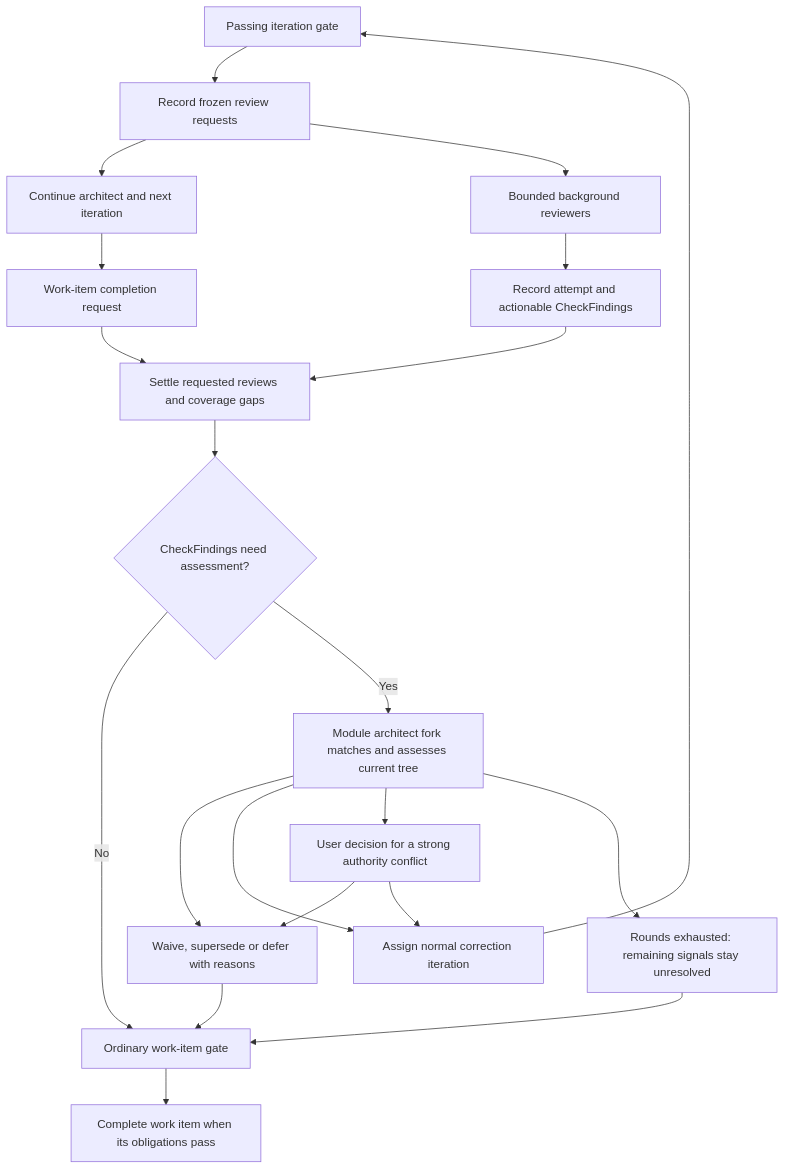
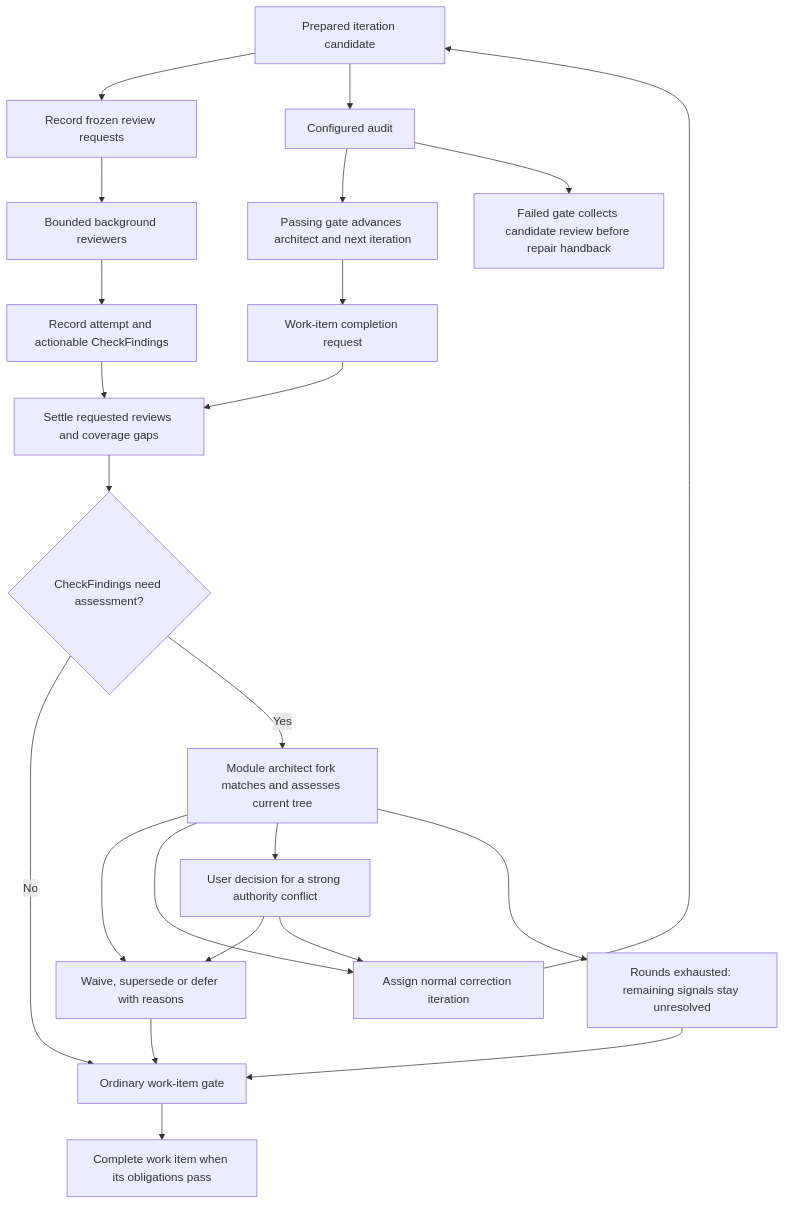
One commit to danmaz74/ramify-agent changed the diagram in docs/architecture/check-findings.md. Above: the diagram before and after it, drawn with Mermaid. The commit also changed other lines of this file and 22 other files, not shown here.

Commit message:
Schedule automated candidate reviews beside audit

````diff
--- a/docs/architecture/check-findings.md
+++ b/docs/architecture/check-findings.md
@@ -408,23 +408,25 @@
 ```mermaid
 flowchart TD
-    G[Passing iteration gate] --> Q[Record frozen review requests]
-    Q --> N[Continue architect and next iteration]
+    G[Prepared iteration candidate] --> Q[Record frozen review requests]
+    G --> V[Configured audit]
+    V --> N[Passing gate advances architect and next iteration]
+    V --> H[Failed gate collects candidate review before repair handback]
     Q --> R[Bounded background reviewers]
     R --> A[Record attempt and actionable CheckFindings]
     N --> C[Work-item completion request]
     C --> S[Settle requested reviews and coverage gaps]
     A --> S
     S --> O{CheckFindings need assessment?}
     O -- No --> W[Ordinary work-item gate]
     O -- Yes --> L[Module architect fork matches and assesses current tree]
     L --> D[Waive, supersede or defer with reasons]
     D --> W
     L --> E[Assign normal correction iteration]
     E --> G
     L --> U[User decision for a strong authority conflict]
     U --> D
     U --> E
     L --> X[Rounds exhausted: remaining signals stay unresolved]
     X --> W
     W --> F[Complete work item when its obligations pass]
 ```
````
